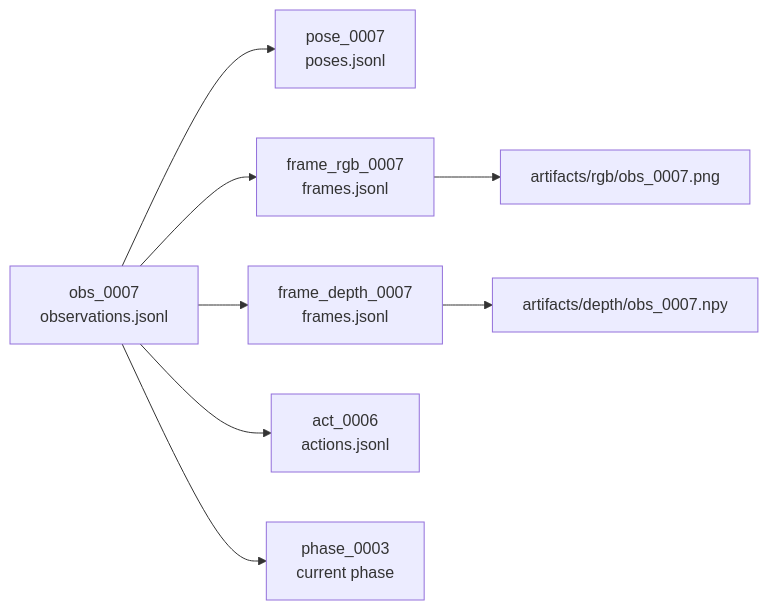
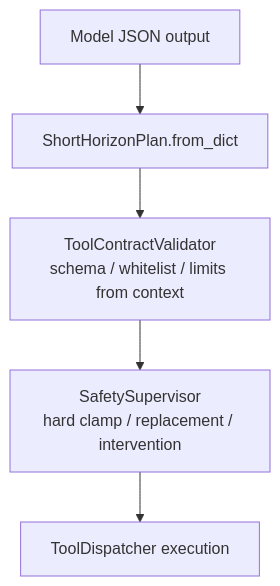
One commit to LZ6years/AeroPilot changed the sixth of 6 diagrams in docs/memory_system/07_diagrams.md. Above: the diagram before and after it, drawn with Mermaid. The commit also changed other lines of this file and 15 other files, not shown here.

Commit message:
Tighten model action planner contract

````diff
--- a/docs/memory_system/07_diagrams.md
+++ b/docs/memory_system/07_diagrams.md
@@ -234,10 +101,7 @@
 ```mermaid
-flowchart LR
-    OBS["obs_0007<br/>observations.jsonl"] --> P["pose_0007<br/>poses.jsonl"]
-    OBS --> RGB["frame_rgb_0007<br/>frames.jsonl"]
-    OBS --> DEP["frame_depth_0007<br/>frames.jsonl"]
-    OBS --> ACT["act_0006<br/>actions.jsonl"]
-    OBS --> PH["phase_0003<br/>current phase"]
-    RGB --> RGBFILE["artifacts/rgb/obs_0007.png"]
-    DEP --> DEPFILE["artifacts/depth/obs_0007.npy"]
+flowchart TD
+    OUT["Model JSON output"] --> PARSE["ShortHorizonPlan.from_dict"]
+    PARSE --> TCV["ToolContractValidator<br/>schema / whitelist / limits from context"]
+    TCV --> SS["SafetySupervisor<br/>hard clamp / replacement / intervention"]
+    SS --> EXEC["ToolDispatcher execution"]
 ```
````
